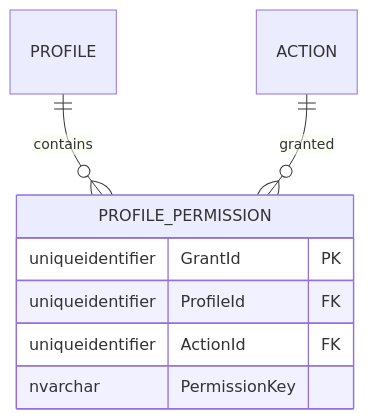
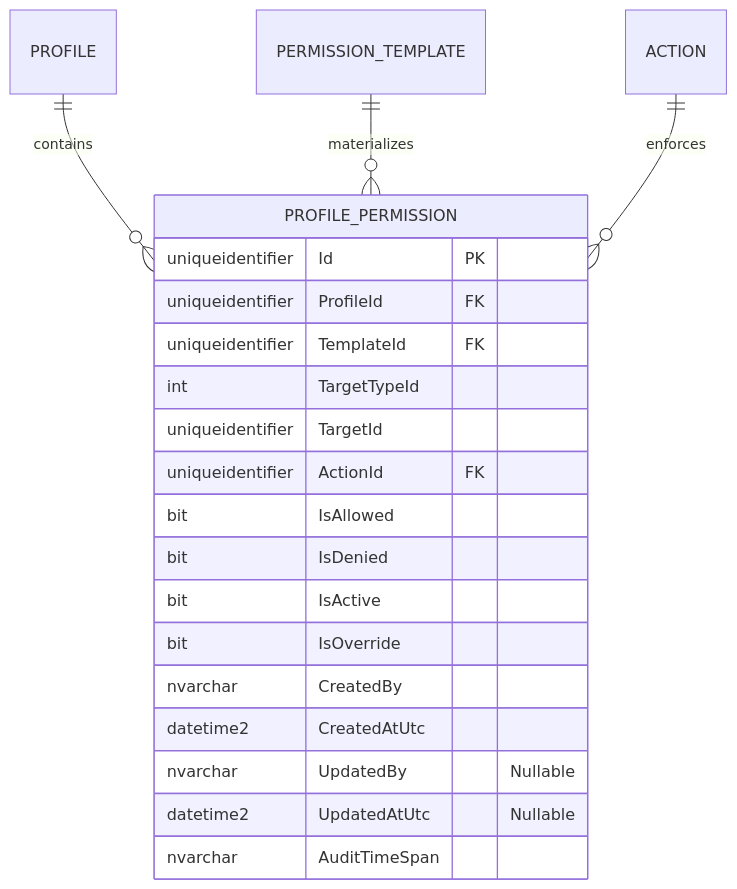
One commit to beyondnetcode/ums changed the fourth of 4 diagrams in docs/domain/authorization/profile-permission.md. Above: the diagram before and after it, drawn with Mermaid. The commit also changed other lines of this file and 19 other files, not shown here.

````diff
--- a/docs/domain/authorization/profile-permission.md
+++ b/docs/domain/authorization/profile-permission.md
@@ -99,12 +134,24 @@
 ```mermaid
 erDiagram
     PROFILE ||--o{ PROFILE_PERMISSION : "contains"
-    ACTION ||--o{ PROFILE_PERMISSION : "granted"
+    PERMISSION_TEMPLATE ||--o{ PROFILE_PERMISSION : "materializes"
+    ACTION ||--o{ PROFILE_PERMISSION : "enforces"
 
     PROFILE_PERMISSION {
-        uniqueidentifier GrantId PK
+        uniqueidentifier Id PK
         uniqueidentifier ProfileId FK
+        uniqueidentifier TemplateId FK
+        int TargetTypeId
+        uniqueidentifier TargetId
         uniqueidentifier ActionId FK
-        nvarchar PermissionKey
+        bit IsAllowed
+        bit IsDenied
+        bit IsActive
+        bit IsOverride
+        nvarchar CreatedBy
+        datetime2 CreatedAtUtc
+        nvarchar UpdatedBy "Nullable"
+        datetime2 UpdatedAtUtc "Nullable"
+        nvarchar AuditTimeSpan
     }
 ```
````
